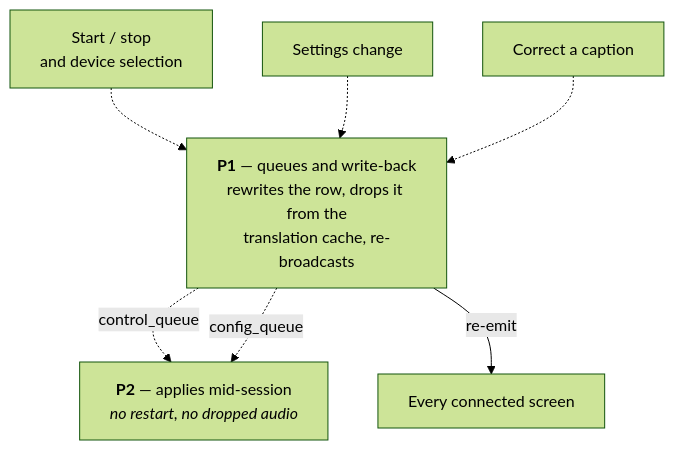
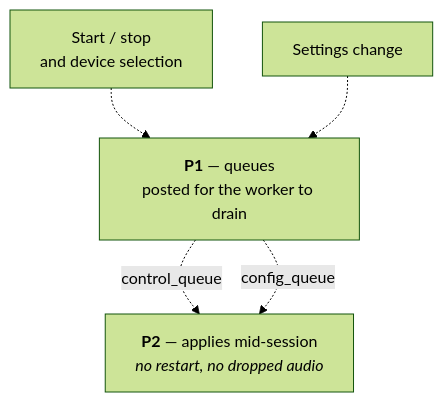
One commit to ChurchPresenter/STT changed the fifth of 7 diagrams in PIPELINE.md. Above: the diagram before and after it, drawn with Mermaid (forest theme). The commit also changed other lines of this file, not shown here.

````diff
--- a/PIPELINE.md
+++ b/PIPELINE.md
@@ -206,16 +225,12 @@
 ```mermaid
 flowchart TD
     OP1["Start / stop<br/>and device selection"]
     OP2["Settings change"]
-    OP3["Correct a caption"]
-    WEB["<b>P1</b> — queues and write-back<br/>rewrites the row, drops it from the<br/>translation cache, re-broadcasts"]
+    WEB["<b>P1</b> — queues<br/>posted for the worker to drain"]
     WK["<b>P2</b> — applies mid-session<br/><i>no restart, no dropped audio</i>"]
-    SCR["Every connected screen"]
 
     OP1 -.-> WEB
     OP2 -.-> WEB
-    OP3 -.-> WEB
     WEB -.->|control_queue| WK
     WEB -.->|config_queue| WK
-    WEB -->|re-emit| SCR
 ```
````
